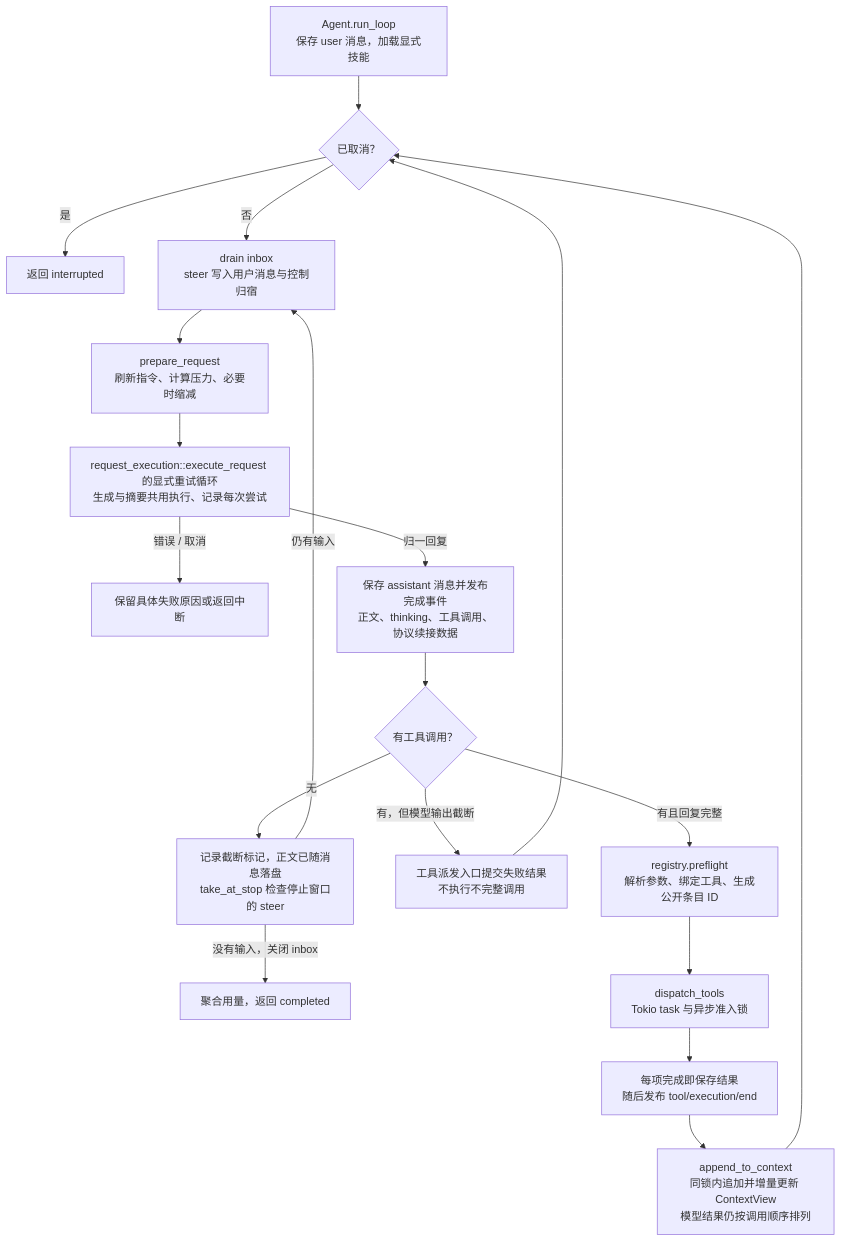
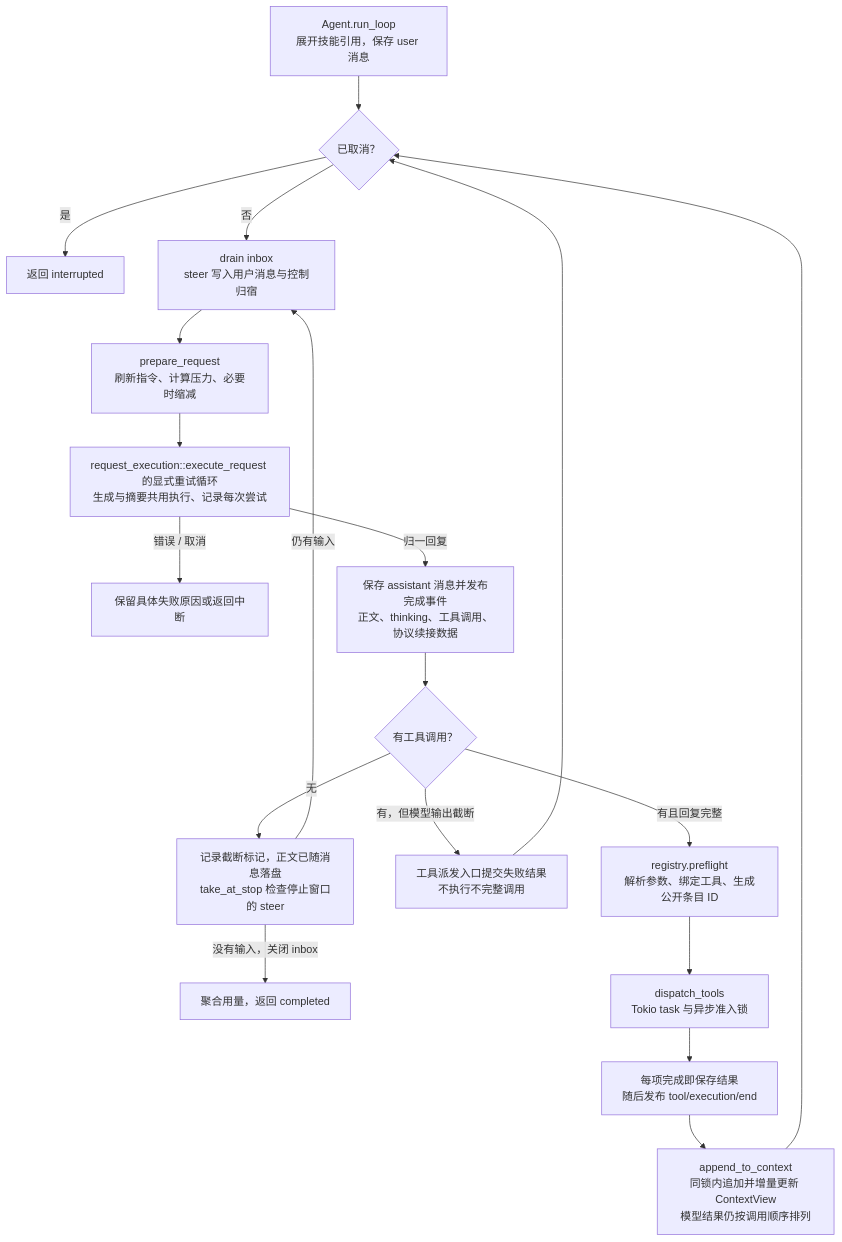
One commit to qjcnmd/singularity-agent changed diagram 14 of 29 in docs/architecture.md. Above: the diagram before and after it, drawn with Mermaid. The commit also changed other lines of this file and 20 other files, not shown here.

````diff
--- a/docs/architecture.md
+++ b/docs/architecture.md
@@ -395,21 +395,21 @@
 ```mermaid
 flowchart TB
-    Input["Agent.run_loop<br/>保存 user 消息，加载显式技能"] --> Cancel{"已取消？"}
+    Input["Agent.run_loop<br/>展开技能引用，保存 user 消息"] --> Cancel{"已取消？"}
     Cancel -->|"是"| Abort["返回 interrupted"]
     Cancel -->|"否"| Inbox["drain inbox<br/>steer 写入用户消息与控制归宿"]
     Inbox --> Prepare["prepare_request<br/>刷新指令、计算压力、必要时缩减"]
     Prepare --> Request["request_execution::execute_request 的显式重试循环<br/>生成与摘要共用执行、记录每次尝试"]
     Request -->|"错误 / 取消"| Failure["保留具体失败原因或返回中断"]
     Request -->|"归一回复"| Assistant["保存 assistant 消息并发布完成事件<br/>正文、thinking、工具调用、协议续接数据"]
     Assistant --> Calls{"有工具调用？"}
     Calls -->|"无"| Stop["记录截断标记，正文已随消息落盘<br/>take_at_stop 检查停止窗口的 steer"]
     Stop -->|"仍有输入"| Inbox
     Stop -->|"没有输入，关闭 inbox"| Completed["聚合用量，返回 completed"]
     Calls -->|"有，但模型输出截断"| Truncated["工具派发入口提交失败结果<br/>不执行不完整调用"]
     Truncated --> Cancel
     Calls -->|"有且回复完整"| Preflight["registry.preflight<br/>解析参数、绑定工具、生成公开条目 ID"]
     Preflight --> Dispatch["dispatch_tools<br/>Tokio task 与异步准入锁"]
     Dispatch --> Results["每项完成即保存结果<br/>随后发布 tool/execution/end"]
     Results --> Context["append_to_context<br/>同锁内追加并增量更新 ContextView<br/>模型结果仍按调用顺序排列"]
     Context --> Cancel
 ```
````
